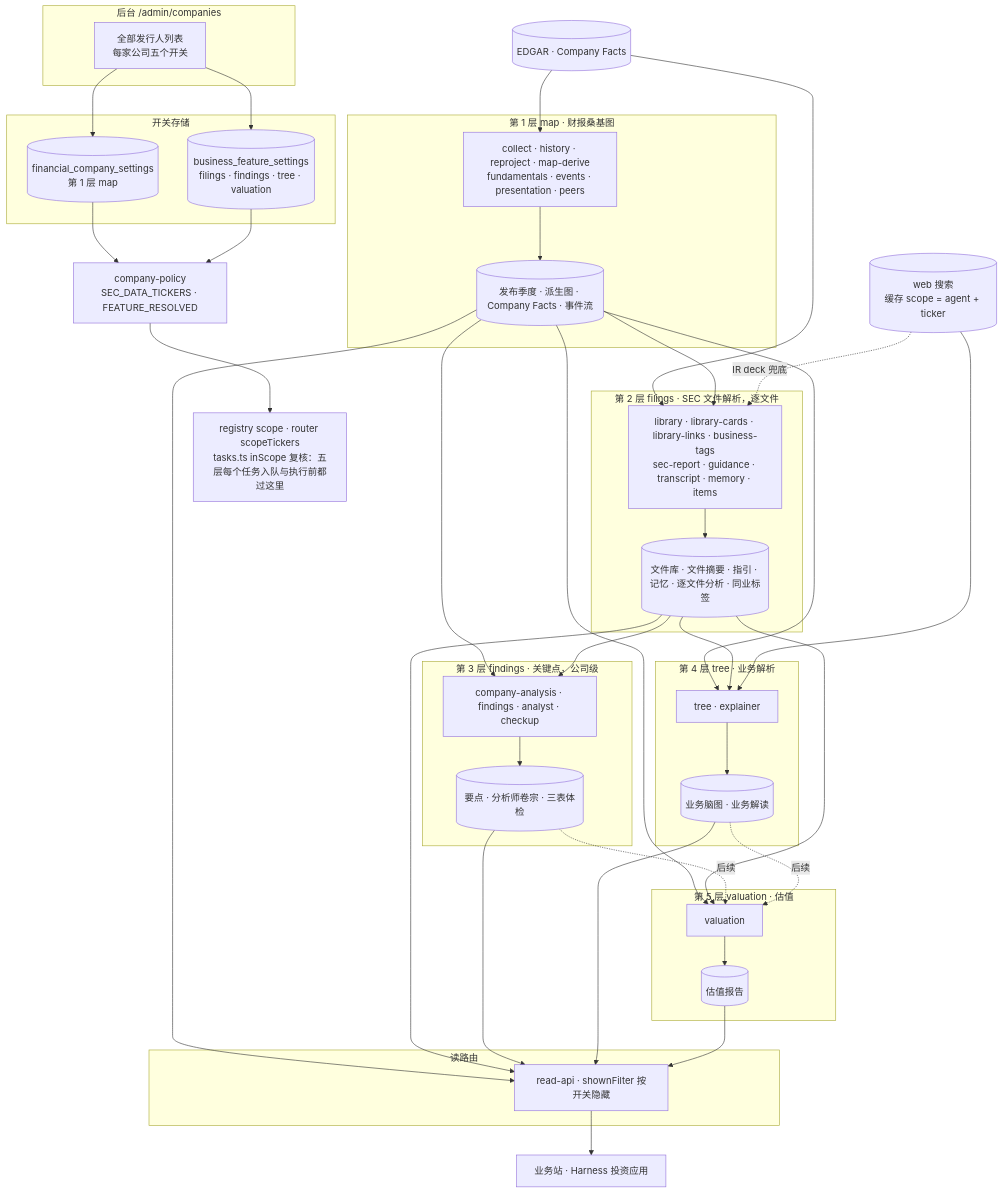
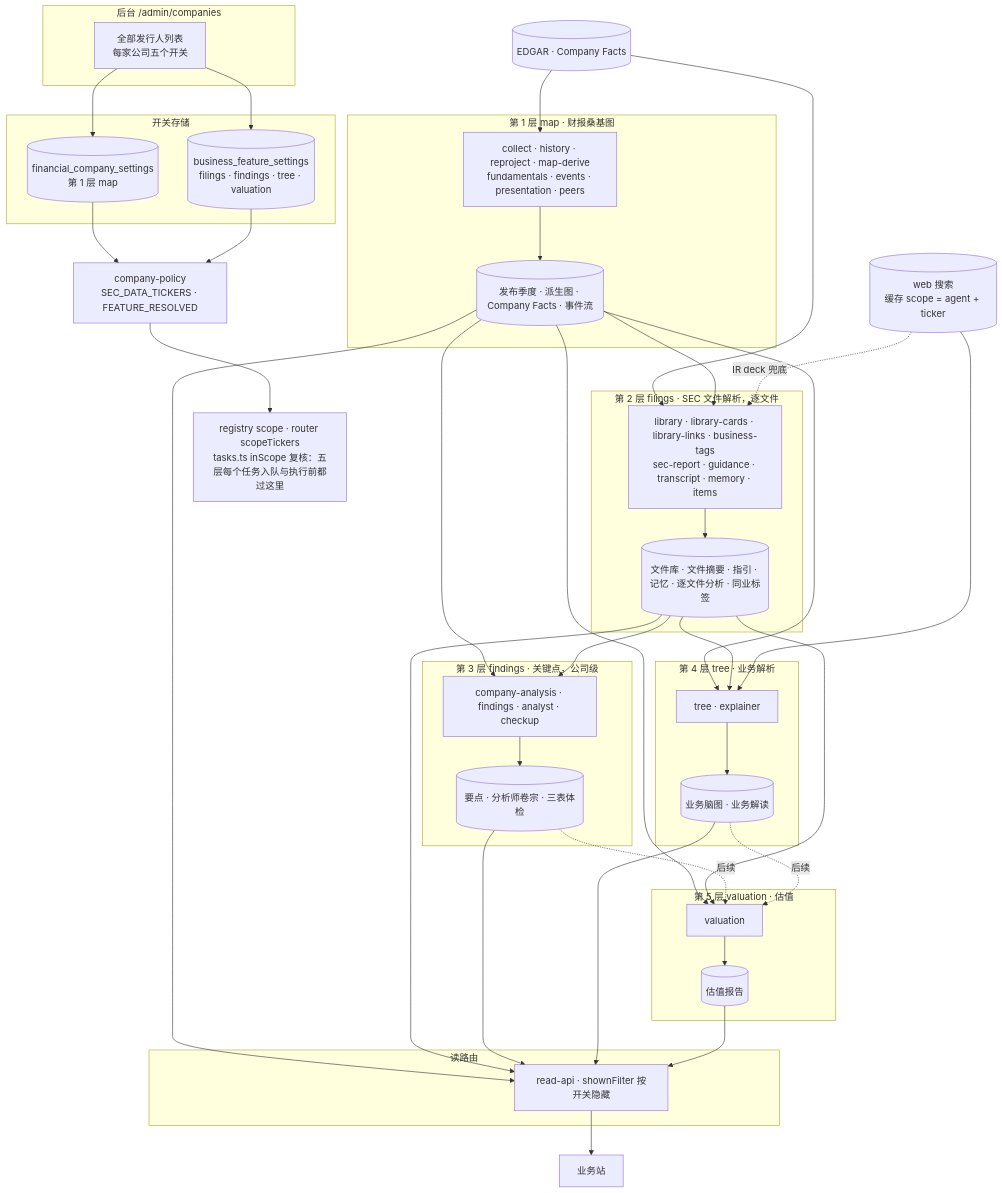
The first of 4 diagrams in docs/spontra-architecture-upgrade.md (Paikchu/Spontra), drawn with Mermaid before and after one commit. The commit also changed 4 other files, not shown here.

````diff
--- a/docs/spontra-architecture-upgrade.md
+++ b/docs/spontra-architecture-upgrade.md
@@ -94,66 +94,66 @@
 ```mermaid
 flowchart TB
   subgraph admin["后台 /admin/companies"]
     page["全部发行人列表<br/>每家公司五个开关"]
   end
   subgraph settings["开关存储"]
     fcs[("financial_company_settings<br/>第 1 层 map")]
     bfs[("business_feature_settings<br/>filings · findings · tree · valuation")]
   end
   page --> fcs
   page --> bfs
   fcs --> policy["company-policy<br/>SEC_DATA_TICKERS · FEATURE_RESOLVED"]
   bfs --> policy
   policy --> router["registry scope · router scopeTickers<br/>tasks.ts inScope 复核：五层每个任务入队与执行前都过这里"]
 
   subgraph L1["第 1 层 map · 财报桑基图"]
     t1["collect · history · reproject · map-derive<br/>fundamentals · events · presentation · peers"]
     p1[("发布季度 · 派生图 · Company Facts · 事件流")]
     t1 --> p1
   end
   subgraph L2["第 2 层 filings · SEC 文件解析，逐文件"]
     t2["library · library-cards · library-links · business-tags<br/>sec-report · guidance · transcript · memory · items"]
     p2[("文件库 · 文件摘要 · 指引 · 记忆 · 逐文件分析 · 同业标签")]
     t2 --> p2
   end
   subgraph L3["第 3 层 findings · 关键点，公司级"]
     t3["company-analysis · findings · analyst · checkup"]
     p3[("要点 · 分析师卷宗 · 三表体检")]
     t3 --> p3
   end
   subgraph L4["第 4 层 tree · 业务解析"]
     t4["tree · explainer"]
     p4[("业务脑图 · 业务解读")]
     t4 --> p4
   end
   subgraph L5["第 5 层 valuation · 估值"]
     t5["valuation"]
     p5[("估值报告")]
     t5 --> p5
   end
 
   edgar[("EDGAR · Company Facts")] --> t1
   edgar --> t2
   p1 --> t2
   p1 --> t3
   p2 --> t3
   p1 --> t4
   p2 --> t4
   p1 --> t5
   p2 --> t5
   p3 -.后续.-> t5
   p4 -.后续.-> t5
 
   web[("web 搜索<br/>缓存 scope = agent + ticker")] --> t4
   web -.IR deck 兜底.-> t2
 
   subgraph read["读路由"]
     api["read-api · shownFilter 按开关隐藏"]
   end
   p1 --> api
   p2 --> api
   p3 --> api
   p4 --> api
   p5 --> api
-  api --> site["业务站 · Harness 投资应用"]
+  api --> site["业务站"]
 ```
````
